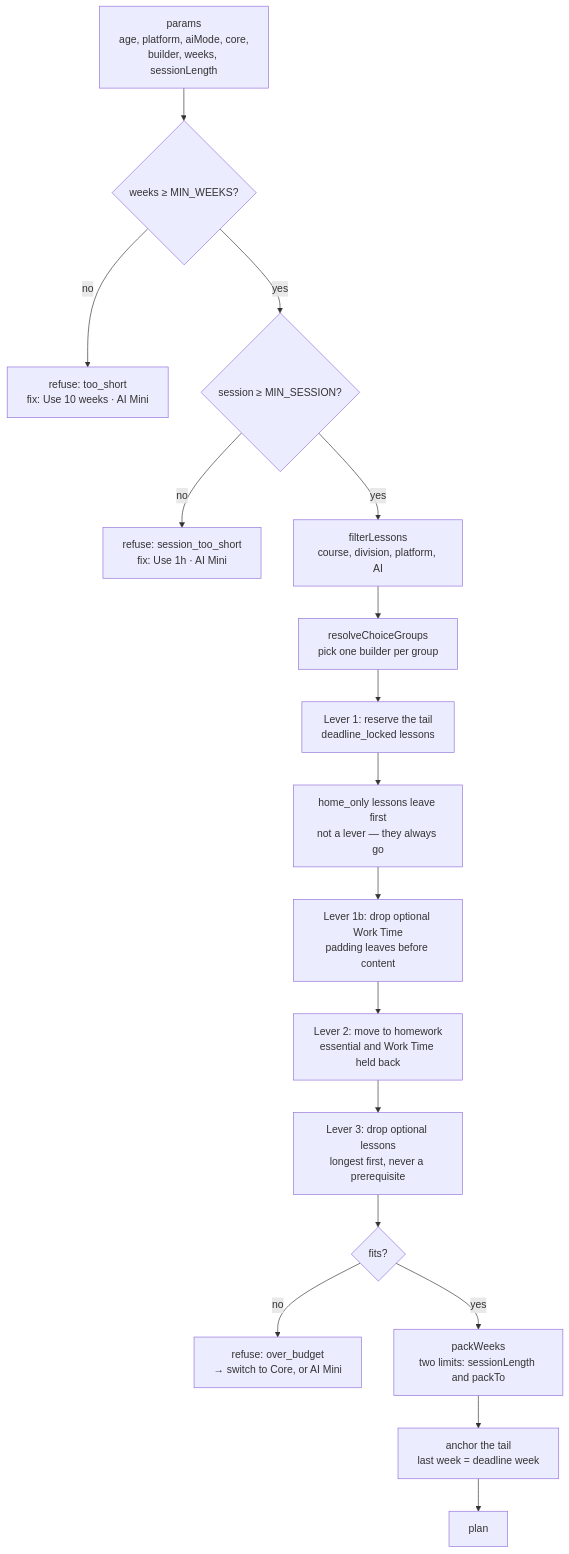
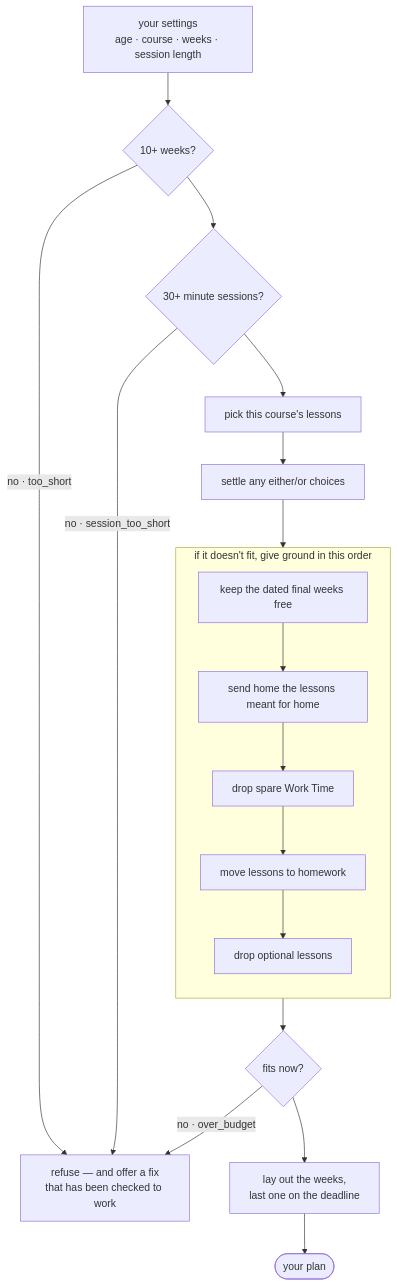
The second of 3 diagrams in docs/architecture.md (RuvaS20/crosswalk), drawn with Mermaid before and after one commit. The commit also changed other lines of this file and 3 other files, not shown here.

````diff
--- a/docs/architecture.md
+++ b/docs/architecture.md
@@ -46,19 +53,26 @@
 ```mermaid
 flowchart TD
-  P["params<br/>age, platform, aiMode, core,<br/>builder, weeks, sessionLength"] --> G1{"weeks &ge; MIN_WEEKS?"}
-  G1 -->|"no"| R1["refuse: too_short<br/>fix: Use 10 weeks · AI Mini"]
-  G1 -->|"yes"| G2{"session &ge; MIN_SESSION?"}
-  G2 -->|"no"| R2["refuse: session_too_short<br/>fix: Use 1h · AI Mini"]
-  G2 -->|"yes"| F["filterLessons<br/>course, division, platform, AI"]
-  F --> C["resolveChoiceGroups<br/>pick one builder per group"]
-  C --> T["Lever 1: reserve the tail<br/>deadline_locked lessons"]
-  T --> H0["home_only lessons leave first<br/>not a lever — they always go"]
-  H0 --> L1B["Lever 1b: drop optional Work Time<br/>padding leaves before content"]
-  L1B --> L2["Lever 2: move to homework<br/>essential and Work Time held back"]
-  L2 --> L3["Lever 3: drop optional lessons<br/>longest first, never a prerequisite"]
-  L3 --> Q{"fits?"}
-  Q -->|"no"| R3["refuse: over_budget<br/>→ switch to Core, or AI Mini"]
-  Q -->|"yes"| W["packWeeks<br/>two limits: sessionLength and packTo"]
-  W --> AN["anchor the tail<br/>last week = deadline week"]
-  AN --> O["plan"]
+  P["your settings<br/>age · course · weeks · session length"]
+
+  P  --> G1{"10+ weeks?"}
+  G1 -->|"no · too_short"| X
+  G1 --> G2{"30+ minute sessions?"}
+  G2 -->|"no · session_too_short"| X
+  G2 --> F["pick this course's lessons"]
+  F  --> C["settle any either/or choices"]
+  C  --> T
+
+  subgraph FIT["if it doesn't fit, give ground in this order"]
+    direction TB
+    T["keep the dated final weeks free"]
+    T  --> HO["send home the lessons meant for home"]
+    HO --> L1["drop spare Work Time"]
+    L1 --> L2["move lessons to homework"]
+    L2 --> L3["drop optional lessons"]
+  end
+
+  L3 --> Q{"fits now?"}
+  Q  -->|"no · over_budget"| X["refuse — and offer a fix<br/>that has been checked to work"]
+  Q  --> W["lay out the weeks,<br/>last one on the deadline"]
+  W  --> O(["your plan"])
 ```
````
